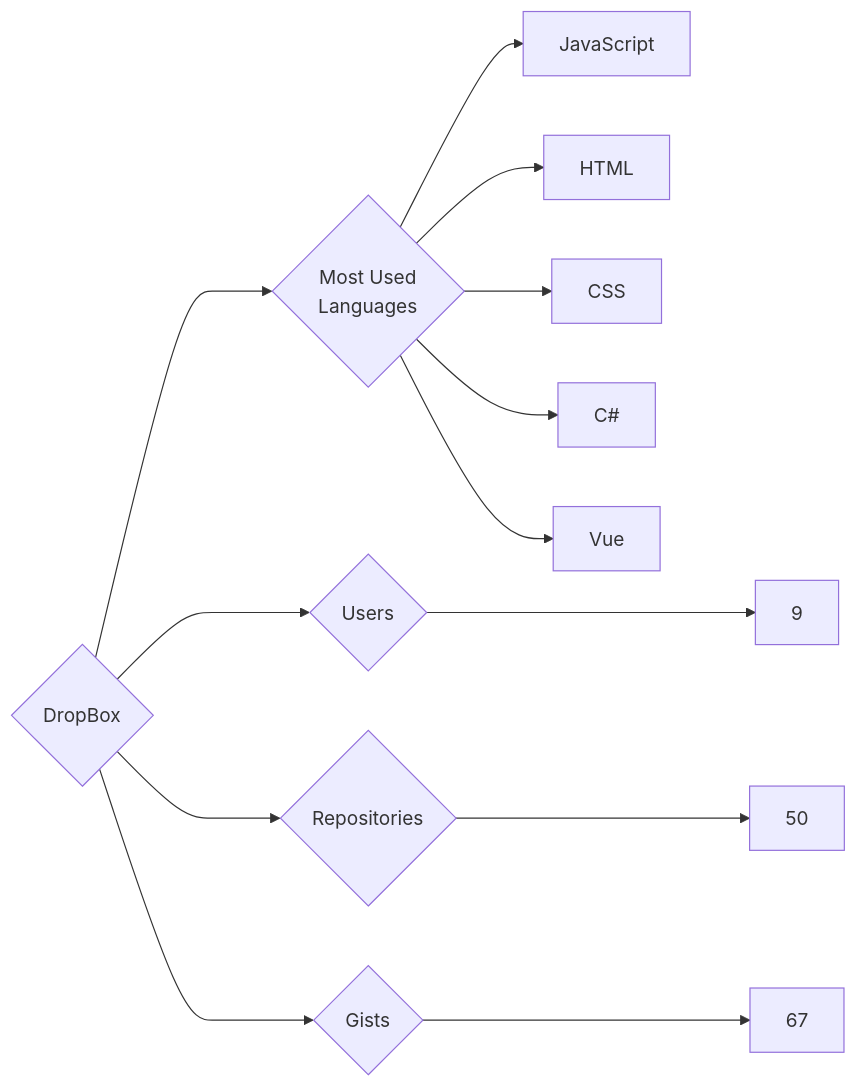
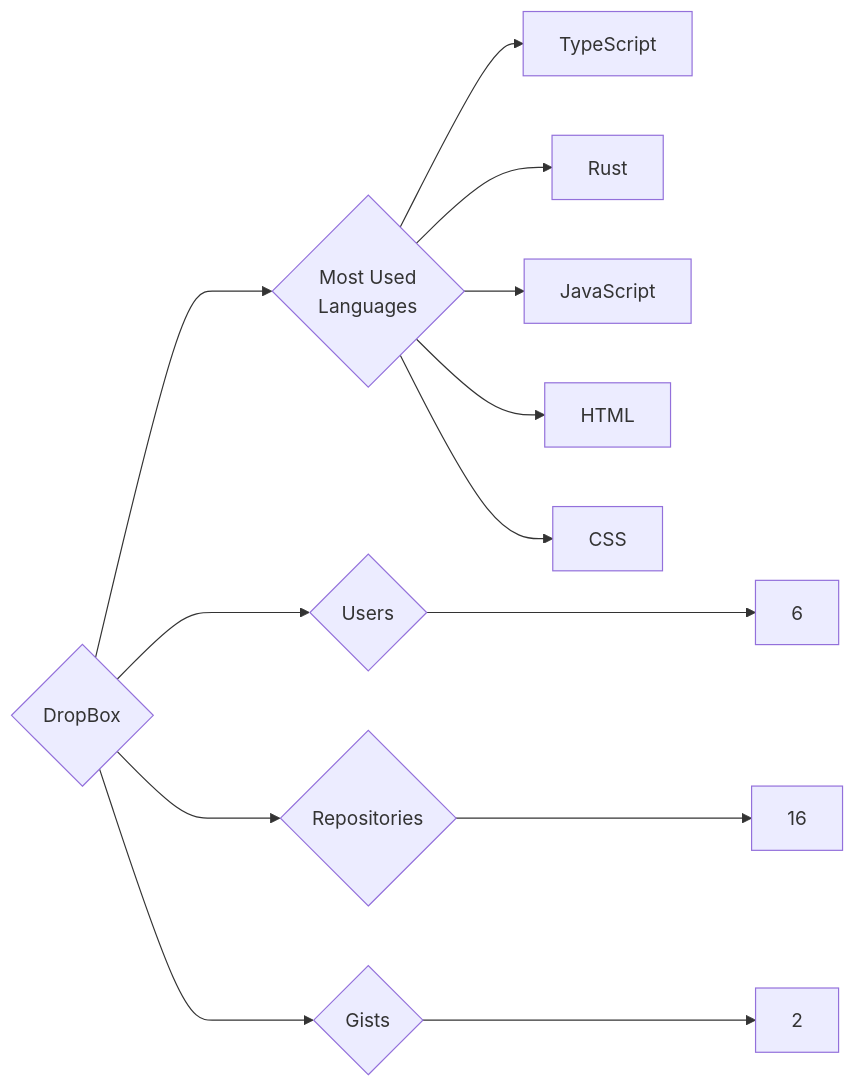
The diagram in targets/DropBox/README.md (trickest/insiders), drawn with Mermaid before and after one commit. The commit also changed 865 other files, not shown here.

````diff
--- a/targets/DropBox/README.md
+++ b/targets/DropBox/README.md
@@ -3,13 +3,13 @@
 ```mermaid
 graph LR
 COMPANY_NAME{DropBox}
-COMPANY_NAME ---> U{Users} ---> UN[9]
-COMPANY_NAME ---> R{Repositories} ---> RN[50]
-COMPANY_NAME ---> G{Gists} ---> GN[67]
+COMPANY_NAME ---> U{Users} ---> UN[6]
+COMPANY_NAME ---> R{Repositories} ---> RN[16]
+COMPANY_NAME ---> G{Gists} ---> GN[2]
 COMPANY_NAME ---> ML{Most Used<br>Languages}
+ML --> TypeScript[TypeScript]
+ML --> Rust[Rust]
 ML --> JavaScript[JavaScript]
 ML --> HTML[HTML]
 ML --> CSS[CSS]
-ML --> C#[C#]
-ML --> Vue[Vue]
 ```
````
